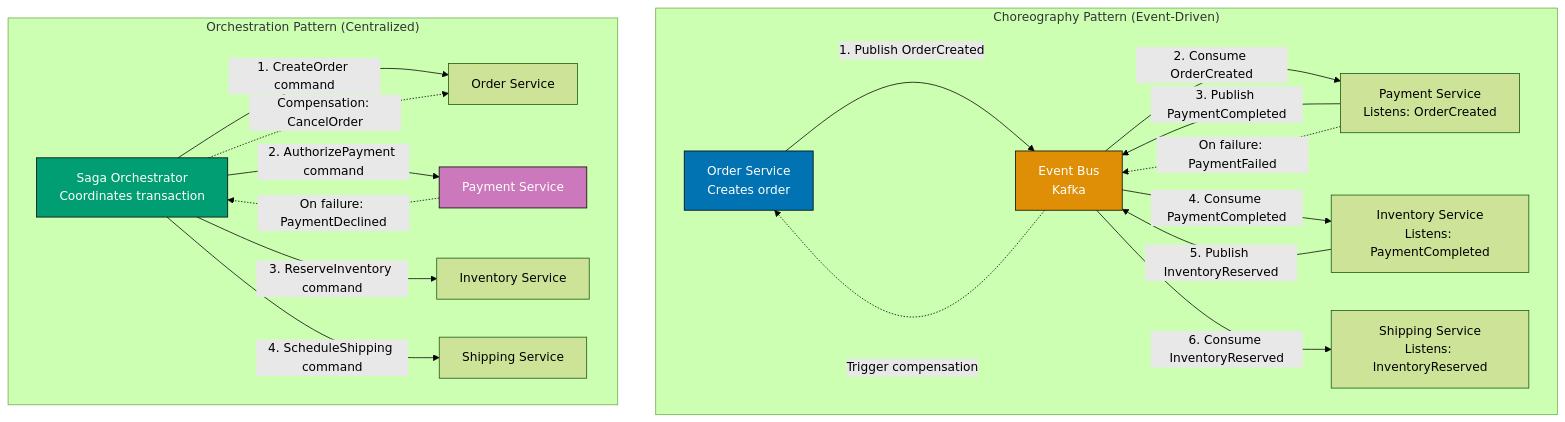
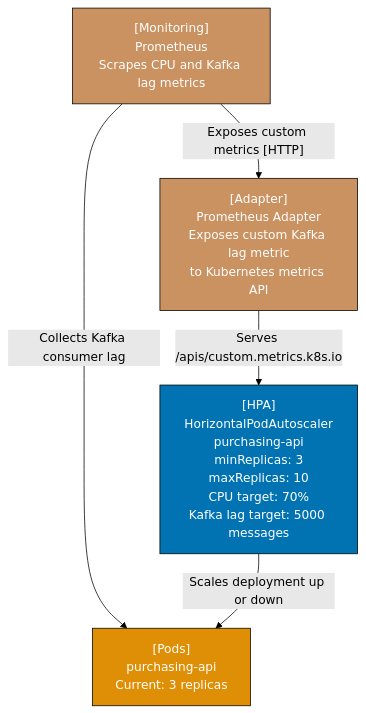
Before and after one commit to wahidyankf/open-sharia-enterprise: diagram 20 of 25 in apps/ayokoding-web/content/en/learn/software-engineering/architecture/c4-architecture-model/by-example/advanced.md, drawn with Mermaid (forest theme). The commit also changed other lines of this file and 38 other files, not shown here.

First line of the commit message:
docs(ayokoding-web): unify architecture tutorials on shared P2P domain

````diff
--- a/apps/ayokoding-web/content/en/learn/software-engineering/architecture/c4-architecture-model/by-example/advanced.md
+++ b/apps/ayokoding-web/content/en/learn/software-engineering/architecture/c4-architecture-model/by-example/advanced.md
@@ -1200,41 +932,17 @@
 ```mermaid
 graph TD
-    subgraph "Choreography Pattern (Event-Driven)"
-        OrderServiceC["Order Service<br/>Creates order"]
-        PaymentServiceC["Payment Service<br/>Listens: OrderCreated"]
-        InventoryServiceC["Inventory Service<br/>Listens: PaymentCompleted"]
-        ShippingServiceC["Shipping Service<br/>Listens: InventoryReserved"]
-        EventBusC["Event Bus<br/>Kafka"]
+    HPA["[HPA]<br/>HorizontalPodAutoscaler<br/>purchasing-api<br/>minReplicas: 3<br/>maxReplicas: 10<br/>CPU target: 70%<br/>Kafka lag target: 5000 messages"]
+    PurchPods["[Pods]<br/>purchasing-api<br/>Current: 3 replicas"]
+    Prometheus["[Monitoring]<br/>Prometheus<br/>Scrapes CPU and Kafka lag metrics"]
+    MetricsAdapter["[Adapter]<br/>Prometheus Adapter<br/>Exposes custom Kafka lag metric<br/>to Kubernetes metrics API"]
 
-        OrderServiceC -->|"1. Publish OrderCreated"| EventBusC
-        EventBusC -->|"2. Consume OrderCreated"| PaymentServiceC
-        PaymentServiceC -->|"3. Publish PaymentCompleted"| EventBusC
-        EventBusC -->|"4. Consume PaymentCompleted"| InventoryServiceC
-        InventoryServiceC -->|"5. Publish InventoryReserved"| EventBusC
-        EventBusC -->|"6. Consume InventoryReserved"| ShippingServiceC
+    Prometheus -->|"Collects Kafka consumer lag"| PurchPods
+    Prometheus -->|"Exposes custom metrics [HTTP]"| MetricsAdapter
+    MetricsAdapter -->|"Serves /apis/custom.metrics.k8s.io"| HPA
+    HPA -->|"Scales deployment up or down"| PurchPods
 
-        PaymentServiceC -.->|"On failure: PaymentFailed"| EventBusC
-        EventBusC -.->|"Trigger compensation"| OrderServiceC
-    end
-
-    subgraph "Orchestration Pattern (Centralized)"
-        SagaOrchestrator["Saga Orchestrator<br/>Coordinates transaction"]
-        OrderServiceO["Order Service"]
-        PaymentServiceO["Payment Service"]
-        InventoryServiceO["Inventory Service"]
-        ShippingServiceO["Shipping Service"]
-
-        SagaOrchestrator -->|"1. CreateOrder command"| OrderServiceO
-        SagaOrchestrator -->|"2. AuthorizePayment command"| PaymentServiceO
-        SagaOrchestrator -->|"3. ReserveInventory command"| InventoryServiceO
-        SagaOrchestrator -->|"4. ScheduleShipping command"| ShippingServiceO
-
-        PaymentServiceO -.->|"On failure: PaymentDeclined"| SagaOrchestrator
-        SagaOrchestrator -.->|"Compensation: CancelOrder"| OrderServiceO
-    end
-
-    style OrderServiceC fill:#0173B2,stroke:#000,color:#fff
-    style EventBusC fill:#DE8F05,stroke:#000,color:#fff
-    style SagaOrchestrator fill:#029E73,stroke:#000,color:#fff
-    style PaymentServiceO fill:#CC78BC,stroke:#000,color:#fff
+    style HPA fill:#0173B2,stroke:#000,color:#fff
+    style PurchPods fill:#DE8F05,stroke:#000,color:#fff
+    style Prometheus fill:#CA9161,stroke:#000,color:#fff
+    style MetricsAdapter fill:#CA9161,stroke:#000,color:#fff
 ```
````
